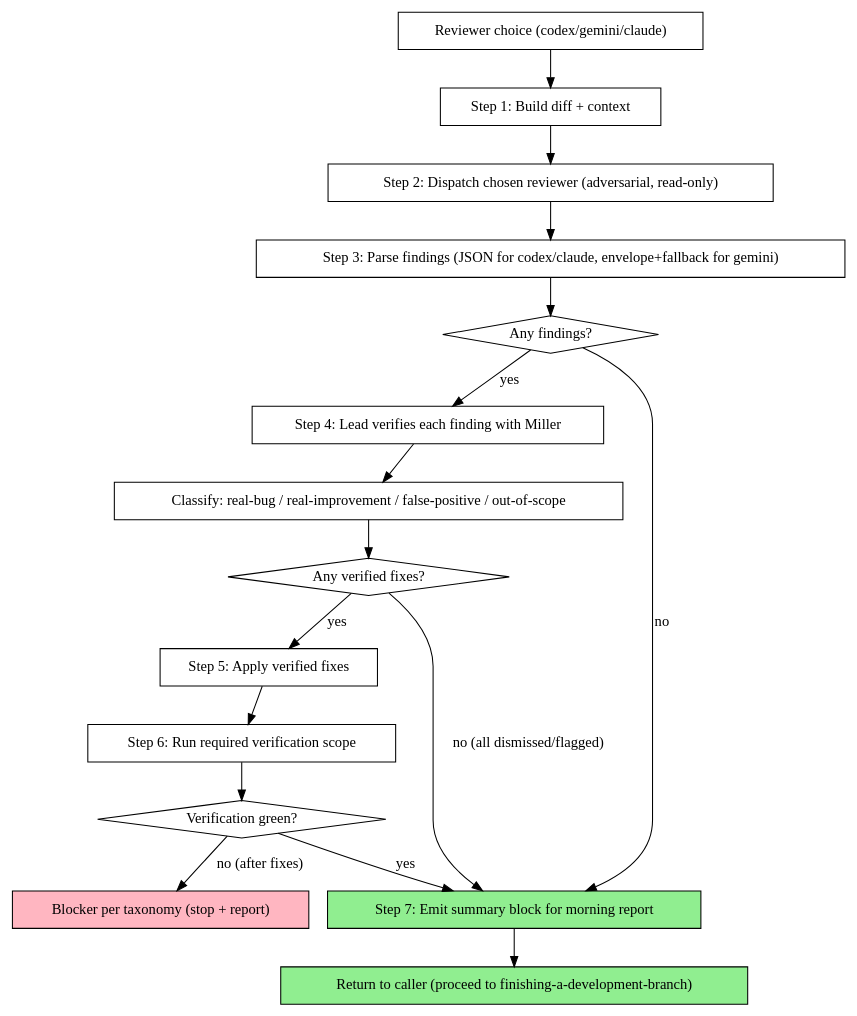
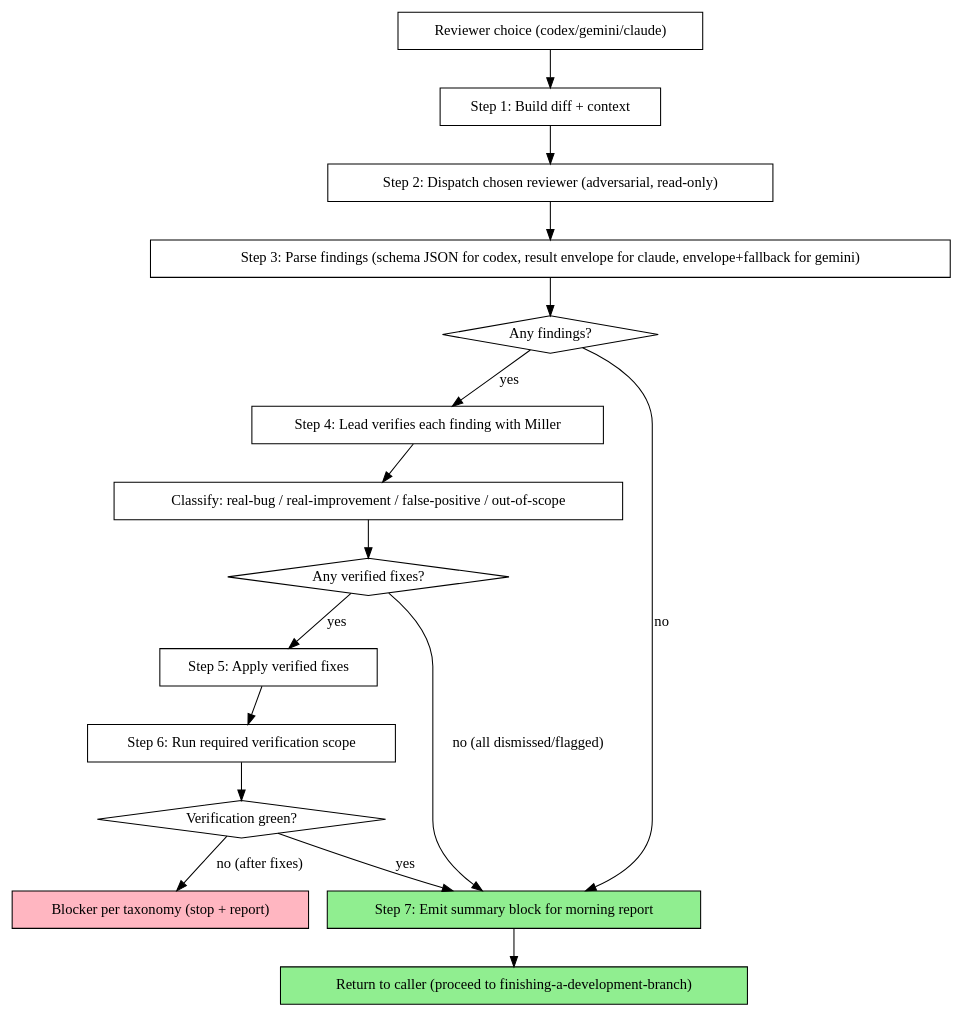
The diagram in skills/pre-merge-review/SKILL.md (anortham/razorback), drawn with Graphviz before and after one commit. The commit also changed other lines of this file and 3 other files, not shown here.

````diff
--- a/skills/pre-merge-review/SKILL.md
+++ b/skills/pre-merge-review/SKILL.md
@@ -32,36 +32,36 @@
 ```dot
 digraph pre_merge_review {
     rankdir=TB;
 
     "Reviewer choice (codex/gemini/claude)" [shape=box];
     "Step 1: Build diff + context" [shape=box];
     "Step 2: Dispatch chosen reviewer (adversarial, read-only)" [shape=box];
-    "Step 3: Parse findings (JSON for codex/claude, envelope+fallback for gemini)" [shape=box];
+    "Step 3: Parse findings (schema JSON for codex, result envelope for claude, envelope+fallback for gemini)" [shape=box];
     "Any findings?" [shape=diamond];
     "Step 4: Lead verifies each finding with Miller" [shape=box];
     "Classify: real-bug / real-improvement / false-positive / out-of-scope" [shape=box];
     "Any verified fixes?" [shape=diamond];
     "Step 5: Apply verified fixes" [shape=box];
     "Step 6: Run required verification scope" [shape=box];
     "Verification green?" [shape=diamond];
     "Step 7: Emit summary block for morning report" [shape=box style=filled fillcolor=lightgreen];
     "Return to caller (proceed to finishing-a-development-branch)" [shape=box style=filled fillcolor=lightgreen];
     "Blocker per taxonomy (stop + report)" [shape=box style=filled fillcolor=lightpink];
 
     "Reviewer choice (codex/gemini/claude)" -> "Step 1: Build diff + context";
     "Step 1: Build diff + context" -> "Step 2: Dispatch chosen reviewer (adversarial, read-only)";
-    "Step 2: Dispatch chosen reviewer (adversarial, read-only)" -> "Step 3: Parse findings (JSON for codex/claude, envelope+fallback for gemini)";
-    "Step 3: Parse findings (JSON for codex/claude, envelope+fallback for gemini)" -> "Any findings?";
+    "Step 2: Dispatch chosen reviewer (adversarial, read-only)" -> "Step 3: Parse findings (schema JSON for codex, result envelope for claude, envelope+fallback for gemini)";
+    "Step 3: Parse findings (schema JSON for codex, result envelope for claude, envelope+fallback for gemini)" -> "Any findings?";
     "Any findings?" -> "Step 7: Emit summary block for morning report" [label="no"];
     "Any findings?" -> "Step 4: Lead verifies each finding with Miller" [label="yes"];
     "Step 4: Lead verifies each finding with Miller" -> "Classify: real-bug / real-improvement / false-positive / out-of-scope";
     "Classify: real-bug / real-improvement / false-positive / out-of-scope" -> "Any verified fixes?";
     "Any verified fixes?" -> "Step 7: Emit summary block for morning report" [label="no (all dismissed/flagged)"];
     "Any verified fixes?" -> "Step 5: Apply verified fixes" [label="yes"];
     "Step 5: Apply verified fixes" -> "Step 6: Run required verification scope";
     "Step 6: Run required verification scope" -> "Verification green?";
     "Verification green?" -> "Step 7: Emit summary block for morning report" [label="yes"];
     "Verification green?" -> "Blocker per taxonomy (stop + report)" [label="no (after fixes)"];
     "Step 7: Emit summary block for morning report" -> "Return to caller (proceed to finishing-a-development-branch)";
 }
 ```
````
